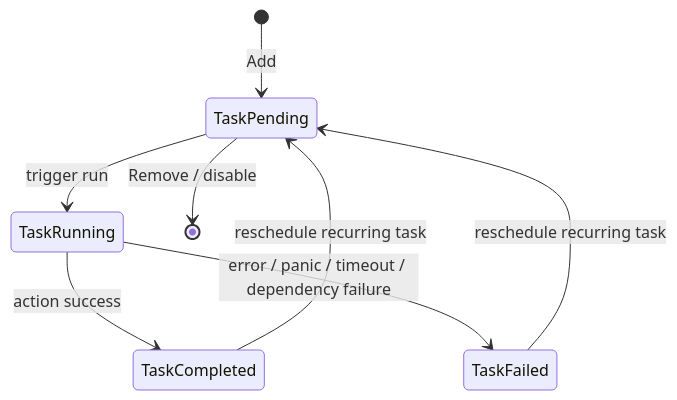
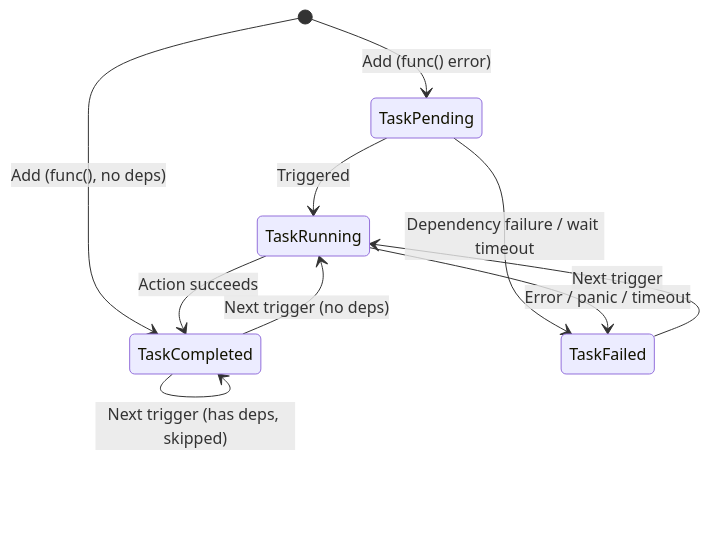
One commit to pardnchiu/go-scheduler changed the seventh of 7 diagrams in doc/architecture.md. Above: the diagram before and after it, drawn with Mermaid. The commit also changed other lines of this file and 6 other files, not shown here.

````diff
--- a/doc/architecture.md
+++ b/doc/architecture.md
@@ -137,10 +163,12 @@
 ```mermaid
 stateDiagram-v2
-    [*] --> TaskPending: Add
-    TaskPending --> TaskRunning: trigger run
-    TaskRunning --> TaskCompleted: action success
-    TaskRunning --> TaskFailed: error / panic / timeout / dependency failure
-    TaskCompleted --> TaskPending: reschedule recurring task
-    TaskFailed --> TaskPending: reschedule recurring task
-    TaskPending --> [*]: Remove / disable
+    [*] --> TaskPending: Add (func() error)
+    [*] --> TaskCompleted: Add (func(), no deps)
+    TaskPending --> TaskRunning: Triggered
+    TaskPending --> TaskFailed: Dependency failure / wait timeout
+    TaskRunning --> TaskCompleted: Action succeeds
+    TaskRunning --> TaskFailed: Error / panic / timeout
+    TaskCompleted --> TaskRunning: Next trigger (no deps)
+    TaskFailed --> TaskRunning: Next trigger
+    TaskCompleted --> TaskCompleted: Next trigger (has deps, skipped)
 ```
````
